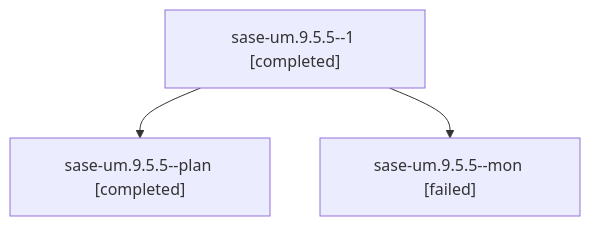
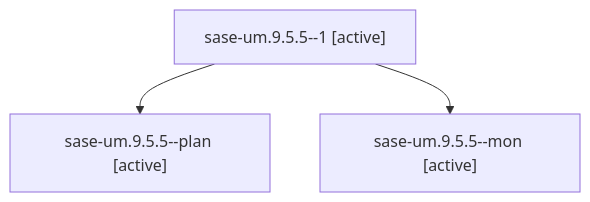
One commit to sase-org/sase--agents changed the diagram in families/bbugyi200.athena.sase-um.9.5.5.md. Above: the diagram before and after it, drawn with Mermaid. The commit also changed other lines of this file and 35830 other files, not shown here.

````diff
--- a/families/bbugyi200.athena.sase-um.9.5.5.md
+++ b/families/bbugyi200.athena.sase-um.9.5.5.md
@@ -9,8 +9,8 @@
 ```mermaid
 flowchart TD
-  n0["sase-um.9.5.5--1 [completed]"]
-  n1["sase-um.9.5.5--plan [completed]"]
+  n0["sase-um.9.5.5--1 [active]"]
+  n1["sase-um.9.5.5--plan [active]"]
   n0 --> n1
-  n2["sase-um.9.5.5--mon [failed]"]
+  n2["sase-um.9.5.5--mon [active]"]
   n0 --> n2
 ```
````
